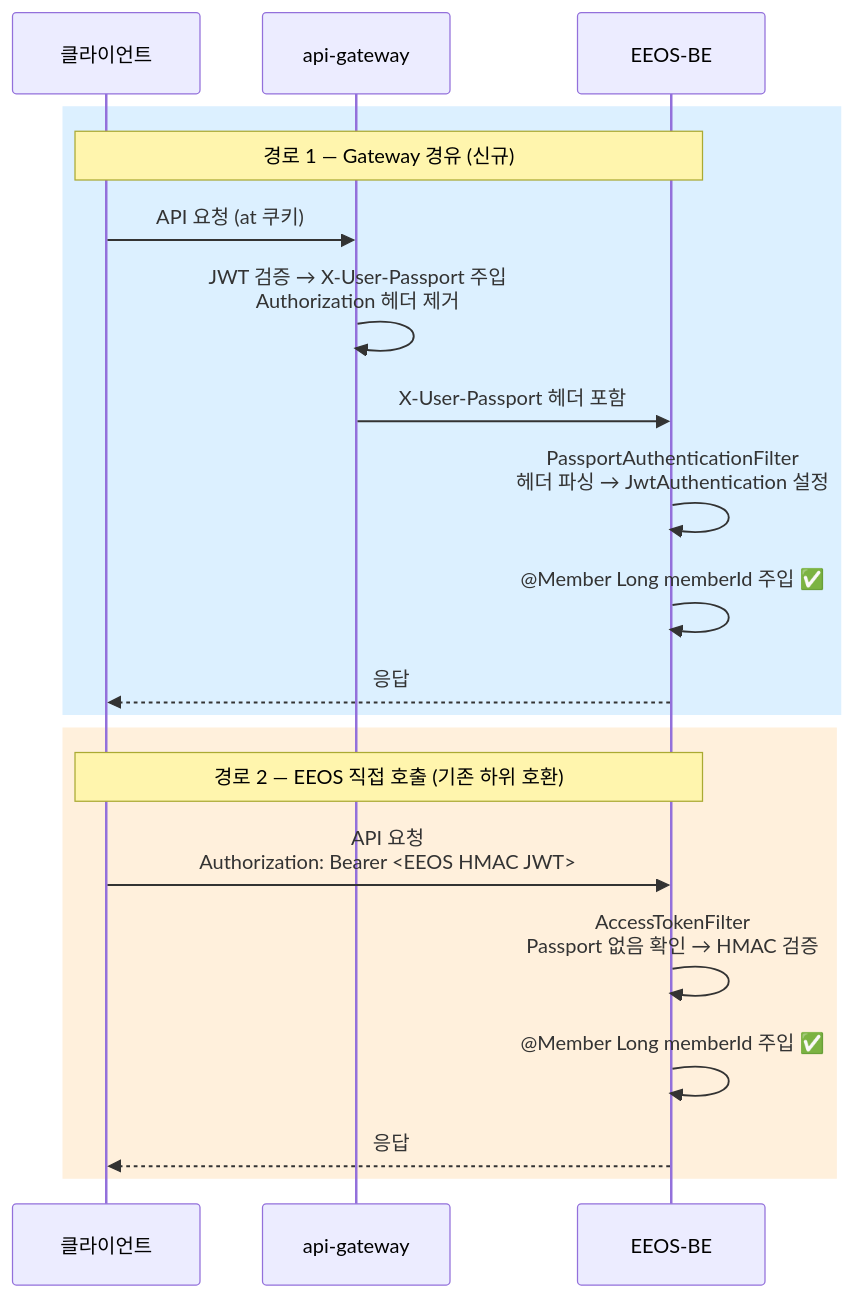
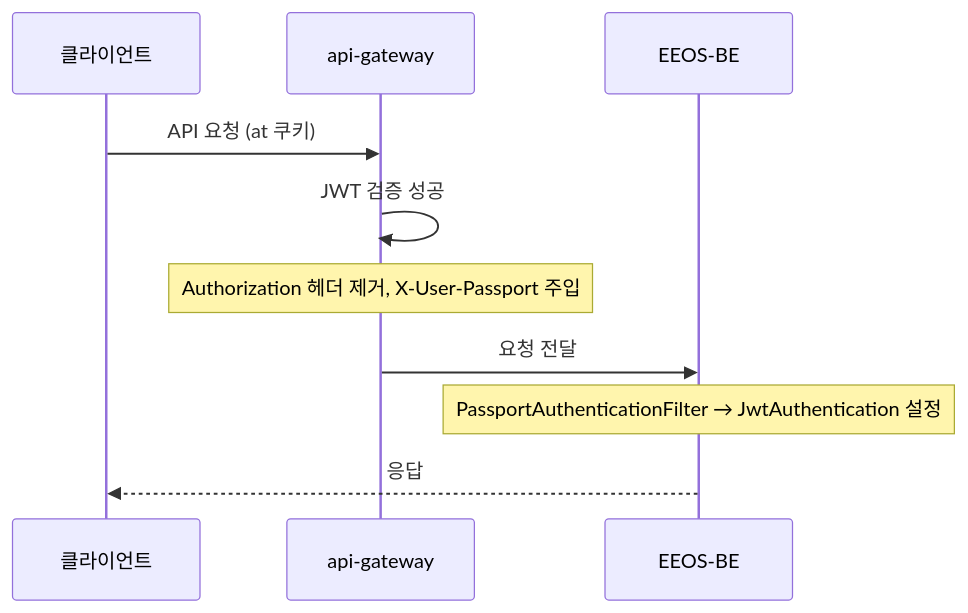
One commit to JNU-econovation/auth-common changed the fourth of 6 diagrams in docs/SEQUENCE-DIAGRAMS.md. Above: the diagram before and after it, drawn with Mermaid. The commit also changed other lines of this file, not shown here.

Commit message:
docs: Mermaid 호환성 수정 (br 태그, rect rgb 제거)

````diff
--- a/docs/SEQUENCE-DIAGRAMS.md
+++ b/docs/SEQUENCE-DIAGRAMS.md
@@ -72,24 +72,13 @@
 ```mermaid
 sequenceDiagram
     participant C as 클라이언트
     participant GW as api-gateway
     participant EEOS as EEOS-BE
 
-    rect rgb(220, 240, 255)
-        Note over C,EEOS: 경로 1 — Gateway 경유 (신규)
-        C->>GW: API 요청 (at 쿠키)
-        GW->>GW: JWT 검증 → X-User-Passport 주입<br/>Authorization 헤더 제거
-        GW->>EEOS: X-User-Passport 헤더 포함
-        EEOS->>EEOS: PassportAuthenticationFilter<br/>헤더 파싱 → JwtAuthentication 설정
-        EEOS->>EEOS: @Member Long memberId 주입 ✅
-        EEOS-->>C: 응답
-    end
-
-    rect rgb(255, 240, 220)
-        Note over C,EEOS: 경로 2 — EEOS 직접 호출 (기존 하위 호환)
-        C->>EEOS: API 요청<br/>Authorization: Bearer <EEOS HMAC JWT>
-        EEOS->>EEOS: AccessTokenFilter<br/>Passport 없음 확인 → HMAC 검증
-        EEOS->>EEOS: @Member Long memberId 주입 ✅
-        EEOS-->>C: 응답
-    end
+    C->>GW: API 요청 (at 쿠키)
+    GW->>GW: JWT 검증 성공
+    Note over GW: Authorization 헤더 제거, X-User-Passport 주입
+    GW->>EEOS: 요청 전달
+    Note over EEOS: PassportAuthenticationFilter → JwtAuthentication 설정
+    EEOS-->>C: 응답
 ```
````
